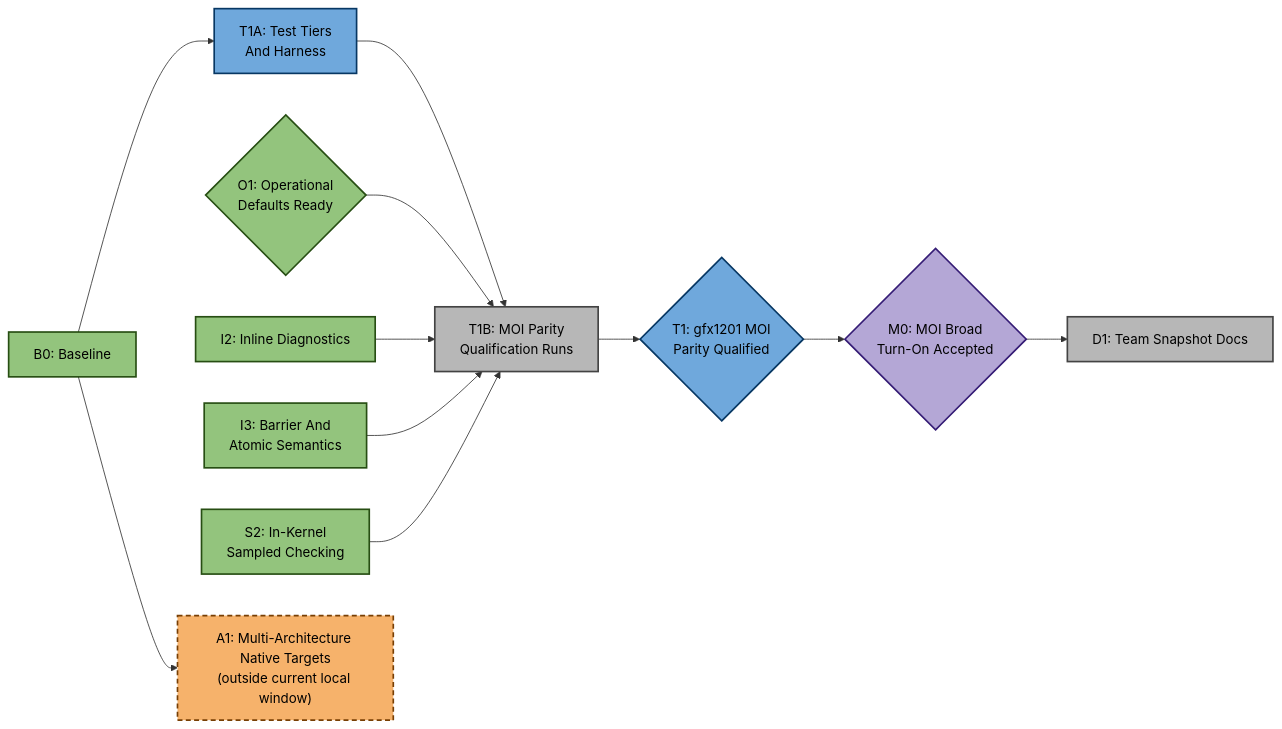
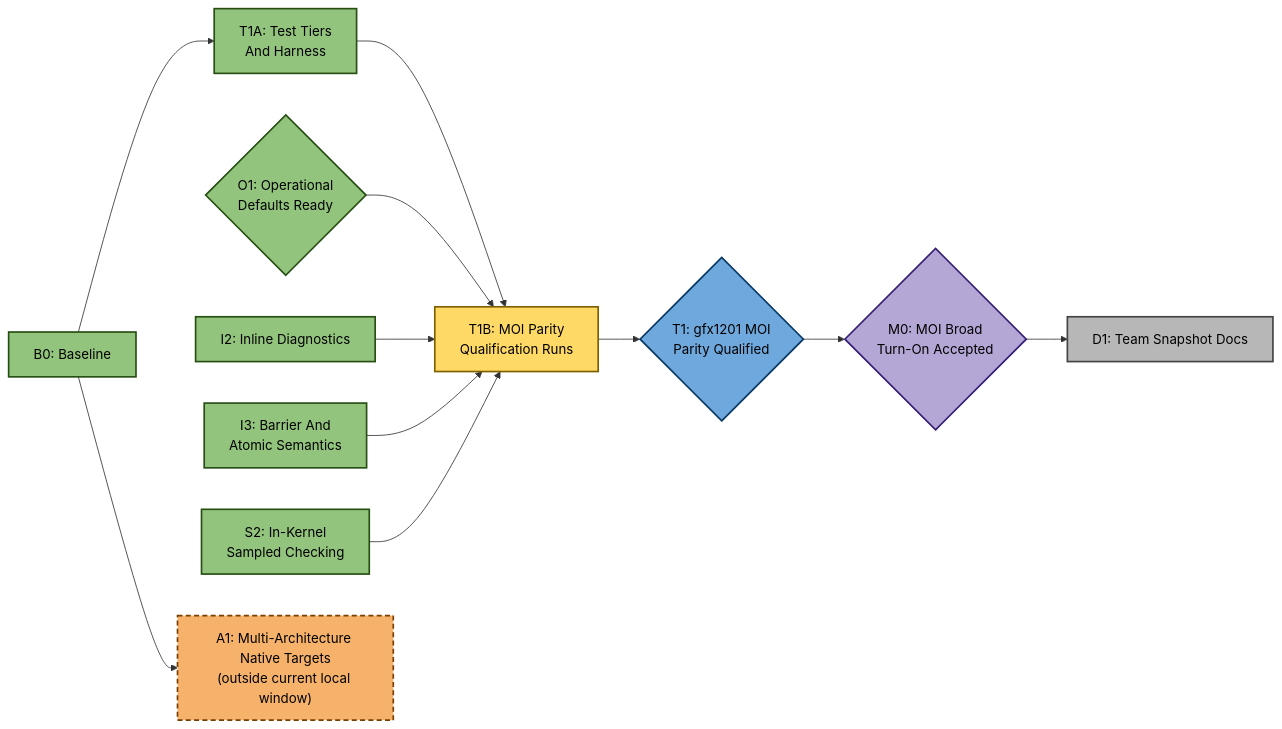
One commit to ROCm/rocm-systems changed the third of 4 diagrams in emulation/rocjitsu/docs/consan/PLAN.md. Above: the diagram before and after it, drawn with Mermaid. The commit also changed other lines of this file and 3 other files, not shown here.

Commit message:
Add fail-fast ConSan qualification tiers

````diff
--- a/emulation/rocjitsu/docs/consan/PLAN.md
+++ b/emulation/rocjitsu/docs/consan/PLAN.md
@@ -179,33 +179,33 @@
 ```mermaid
 flowchart LR
   B0["B0: Baseline"]:::done
   O1{"O1: Operational<br/>Defaults Ready"}:::done
   I2["I2: Inline Diagnostics"]:::done
   I3["I3: Barrier And<br/>Atomic Semantics"]:::done
   S2["S2: In-Kernel<br/>Sampled Checking"]:::done
-  T1A["T1A: Test Tiers<br/>And Harness"]:::partial
-  T1B["T1B: MOI Parity<br/>Qualification Runs"]:::todo
+  T1A["T1A: Test Tiers<br/>And Harness"]:::done
+  T1B["T1B: MOI Parity<br/>Qualification Runs"]:::active
   T1{"T1: gfx1201 MOI<br/>Parity Qualified"}:::partial
   M0{"M0: MOI Broad<br/>Turn-On Accepted"}:::target
   D1["D1: Team Snapshot Docs"]:::todo
   A1["A1: Multi-Architecture Native Targets<br/>(outside current local window)"]:::deferred
 
   B0 --> T1A
   T1A --> T1B
   O1 --> T1B
   I2 --> T1B
   I3 --> T1B
   S2 --> T1B
   T1B --> T1
   T1 --> M0
   M0 --> D1
 
   B0 --> A1
 
   classDef done fill:#93c47d,stroke:#274e13,stroke-width:2px,color:#000;
   classDef active fill:#ffd966,stroke:#7f6000,stroke-width:2px,color:#000;
   classDef target fill:#b4a7d6,stroke:#351c75,stroke-width:2px,color:#000;
   classDef partial fill:#6fa8dc,stroke:#073763,stroke-width:2px,color:#000;
   classDef todo fill:#b7b7b7,stroke:#434343,stroke-width:2px,color:#000;
   classDef deferred fill:#f6b26b,stroke:#783f04,stroke-width:2px,color:#000,stroke-dasharray: 6 4;
 ```
````
